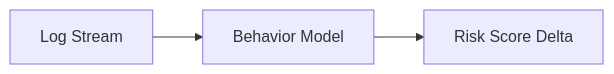
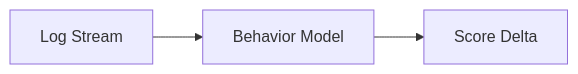
Diagram 28 of 30 in README.md (Devopstrio/identity-security-scorecard), drawn with Mermaid before and after one commit. The commit also changed other lines of this file, not shown here.

Commit message:
docs: finalize premium institutional-grade README with 30+ diagrams and executive summary

````diff
--- a/README.md
+++ b/README.md
@@ -327,5 +324,5 @@
 ```mermaid
 graph LR
-    Logs[Log Stream] --> UEBA[Behavior Model]
-    UEBA --> Score[Risk Score Delta]
+    Log[Log Stream] --> UEBA[Behavior Model]
+    UEBA --> Delta[Score Delta]
 ```
````
